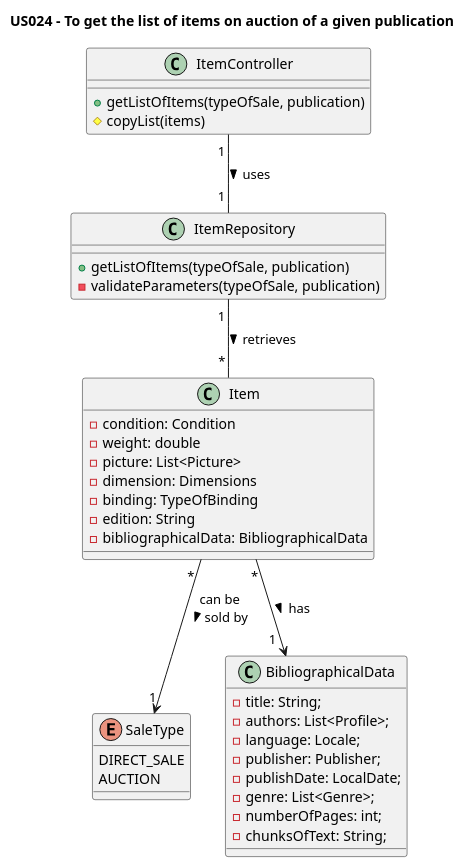
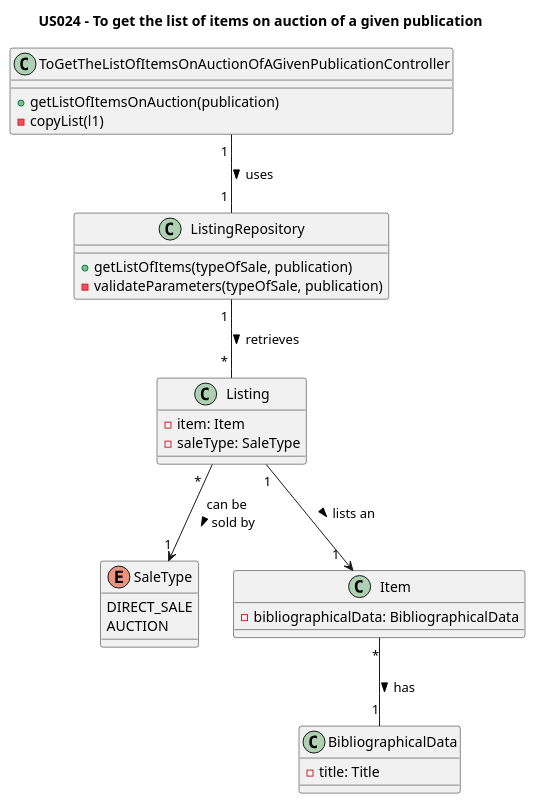
Before and after one commit to AndrePereiraGitH/SWitCH-Project-Team_A: the diagram in Diagrams/ClassDiagrams/US024-to-get-the-list-of-items-on-auction-of-a-given-publication.puml, drawn with PlantUML. The commit also changed 1 other file, not shown here.

```diff
--- a/Diagrams/ClassDiagrams/US024-to-get-the-list-of-items-on-auction-of-a-given-publication.puml
+++ b/Diagrams/ClassDiagrams/US024-to-get-the-list-of-items-on-auction-of-a-given-publication.puml
@@ -1,48 +1,41 @@
 @startuml
 title US024 - To get the list of items on auction of a given publication
 
-class ItemController {
-  +getListOfItems(typeOfSale, publication)
-  #copyList(items)
+class ToGetTheListOfItemsOnAuctionOfAGivenPublicationController {
+  +getListOfItemsOnAuction(publication)
+  -copyList(l1)
 }
 
-class ItemRepository {
+class ListingRepository {
   +getListOfItems(typeOfSale, publication)
   ' -convertStringToEnum(typeOfSale, publication)
   -validateParameters(typeOfSale, publication)
 }
 
-class Item {
-  - condition: Condition
-  - weight: double
-  - picture: List<Picture>
-  - dimension: Dimensions
-  - binding: TypeOfBinding
-  - edition: String
-  - bibliographicalData: BibliographicalData
+class Listing {
+  - item: Item
+  - saleType: SaleType
 }
 
 enum SaleType {
     DIRECT_SALE
     AUCTION
 }
 
+class Item {
+    - bibliographicalData: BibliographicalData
+}
+
 class BibliographicalData {
-    - title: String;
-    - authors: List<Profile>;
-    - language: Locale;
-    - publisher: Publisher;
-    - publishDate: LocalDate;
-    - genre: List<Genre>;
-    - numberOfPages: int;
-    - chunksOfText: String;
+    - title: Title
 }
 
 ' Interactions
 
-ItemController  "1 " -- "1 " ItemRepository : uses >
-ItemRepository "1 " -- " * " Item : retrieves >
-Item "                                *" --> "1" SaleType : can be\nsold by >
-Item "*"--> "1  " BibliographicalData : has >
+ToGetTheListOfItemsOnAuctionOfAGivenPublicationController  "1 " -- "1 " ListingRepository : uses >
+ListingRepository "1 " -- " * " Listing : retrieves >
+Listing "                                *" --> "1" SaleType : can be\nsold by >
+Listing "1"--> "1  " Item : lists an >
+Item "*" -- "1" BibliographicalData: has >
 
 @enduml
```
